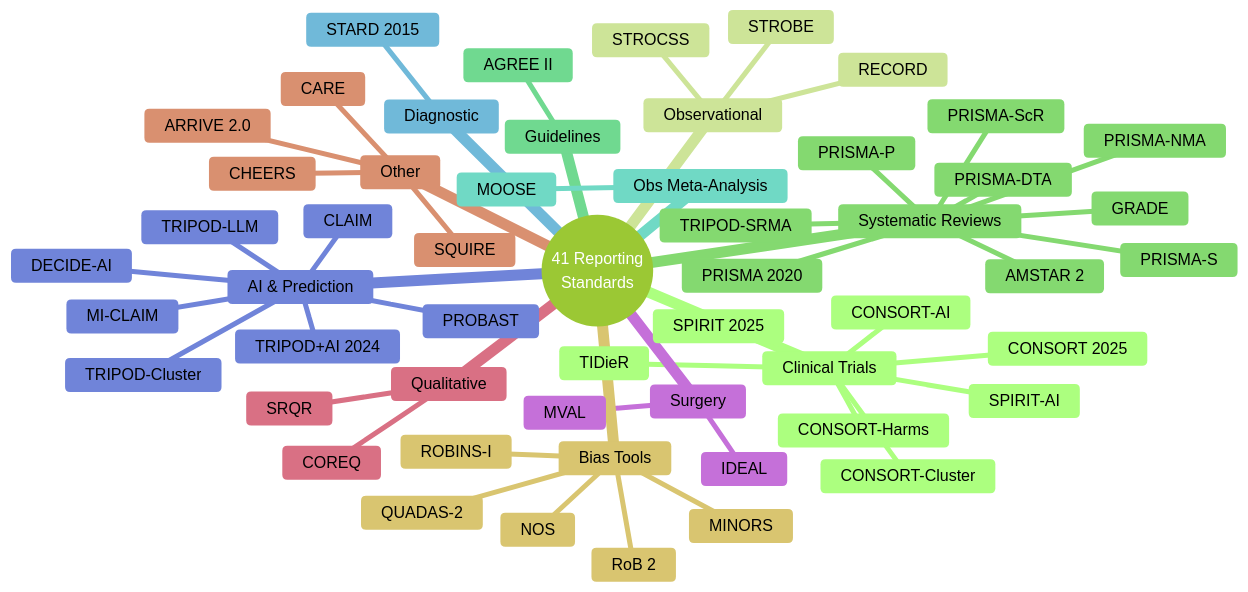
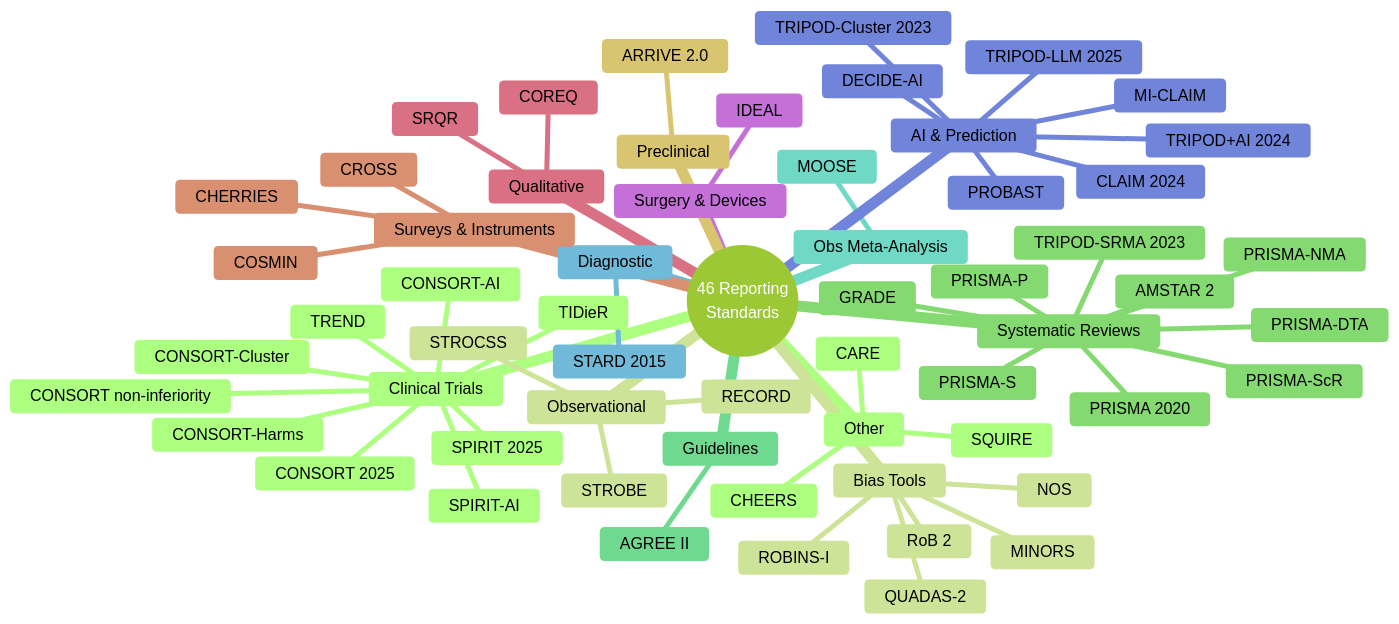
Before and after one commit to Stefansong/med-research-powers: the eighth of 8 diagrams in docs/architecture.md, drawn with Mermaid (forest theme). The commit also changed other lines of this file and 119 other files, not shown here.

````diff
--- a/docs/architecture.md
+++ b/docs/architecture.md
@@ -316,57 +340,63 @@
 ```mermaid
 mindmap
-  root(("41 Reporting<br/>Standards"))
+  root(("46 Reporting<br/>Standards"))
     Clinical Trials
       CONSORT 2025
       CONSORT-AI
       CONSORT-Cluster
+      CONSORT non-inferiority
+      TREND
       SPIRIT 2025
       SPIRIT-AI
       TIDieR
       CONSORT-Harms
     Observational
       STROBE
       RECORD
       STROCSS
     Systematic Reviews
       PRISMA 2020
       PRISMA-P
       PRISMA-ScR
       PRISMA-S
       PRISMA-DTA
       PRISMA-NMA
-      TRIPOD-SRMA
+      TRIPOD-SRMA 2023
       AMSTAR 2
       GRADE
     Guidelines
       AGREE II
     Obs Meta-Analysis
       MOOSE
     Diagnostic
       STARD 2015
     AI & Prediction
       TRIPOD+AI 2024
-      TRIPOD-LLM
-      TRIPOD-Cluster
-      CLAIM
+      TRIPOD-LLM 2025
+      TRIPOD-Cluster 2023
+      CLAIM 2024
       MI-CLAIM
       DECIDE-AI
       PROBAST
-    Surgery
+    Surgery & Devices
       IDEAL
-      MVAL
     Qualitative
       COREQ
       SRQR
+    Surveys & Instruments
+      CHERRIES
+      CROSS
+      COSMIN
+    Preclinical
+      ARRIVE 2.0
     Other
-      ARRIVE 2.0
       CARE
       SQUIRE
       CHEERS
     Bias Tools
       RoB 2
       ROBINS-I
       NOS
       MINORS
       QUADAS-2
 ```
````
